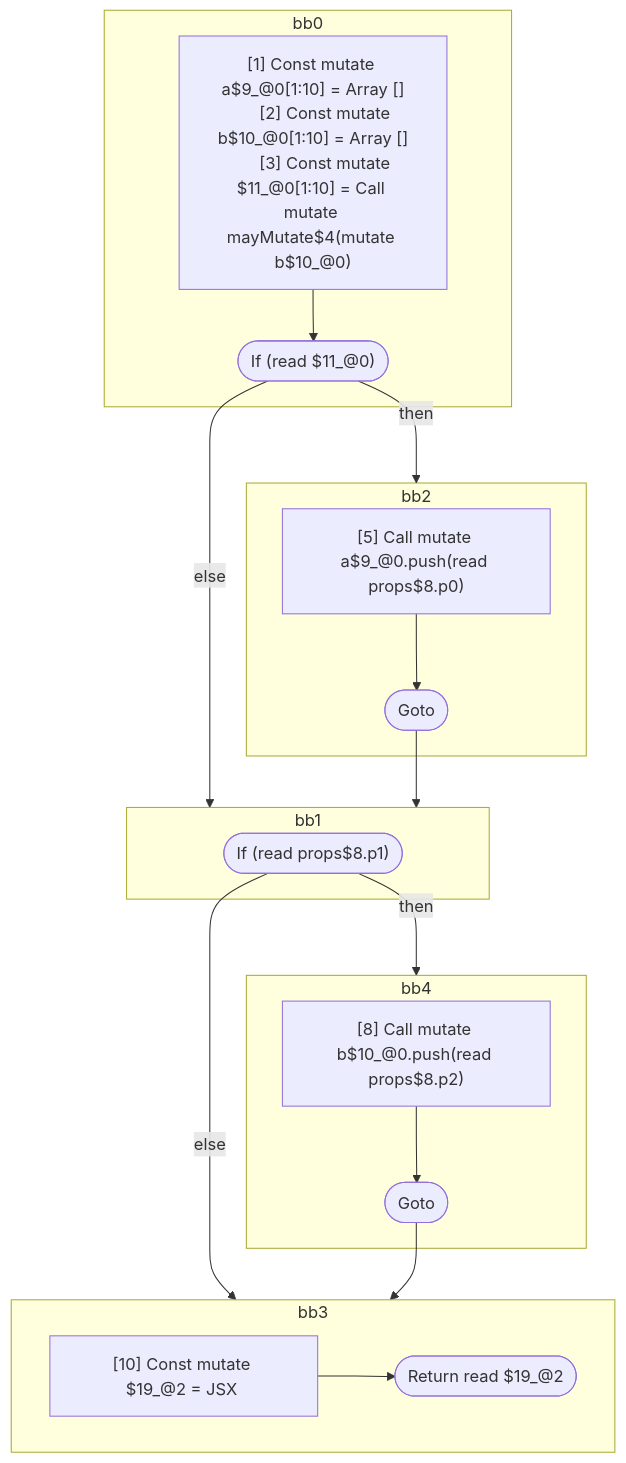
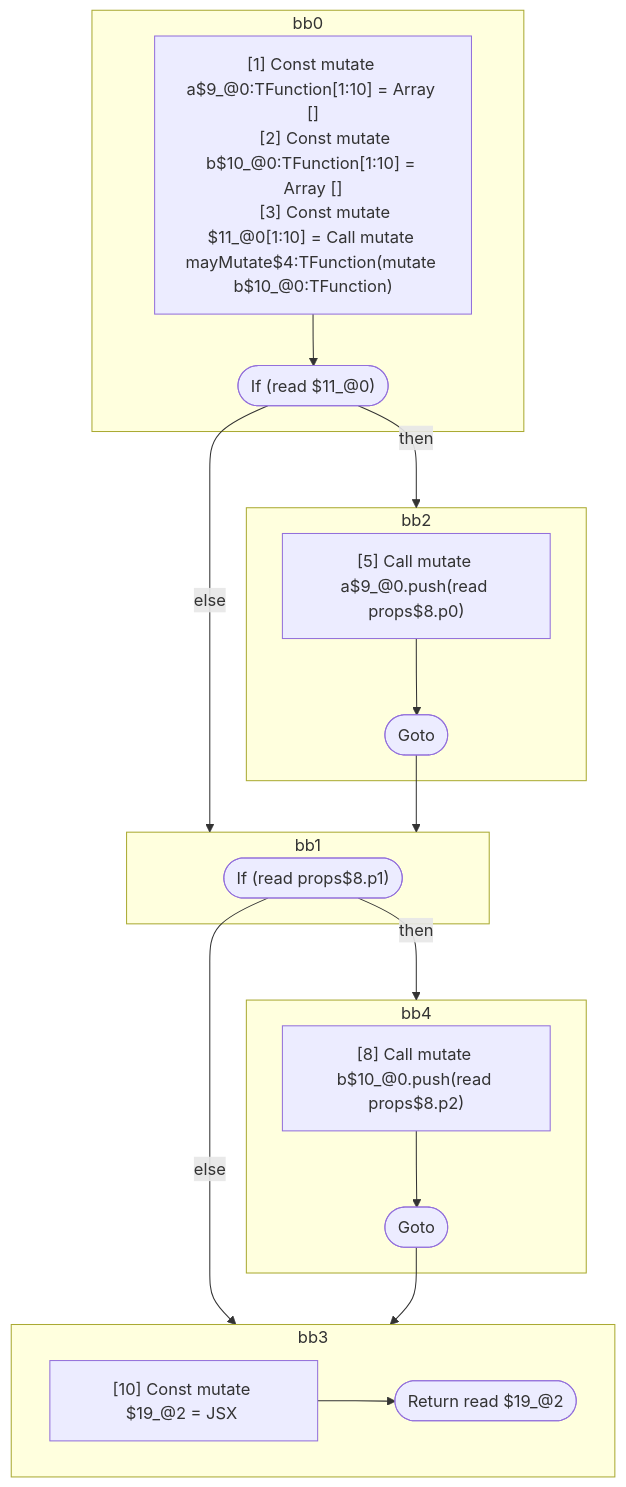
One commit to wutsmog/private changed the second of 4 diagrams in compiler/forget/src/__tests__/fixtures/hir/conditional-on-mutable.expect.md. Above: the diagram before and after it, drawn with Mermaid. The commit also changed other lines of this file and 112 other files, not shown here.

````diff
--- a/compiler/forget/src/__tests__/fixtures/hir/conditional-on-mutable.expect.md
+++ b/compiler/forget/src/__tests__/fixtures/hir/conditional-on-mutable.expect.md
@@ -202,42 +202,42 @@
 ```mermaid
 flowchart TB
   %% Basic Blocks
   subgraph bb0
     bb0_instrs["
-      [1] Const mutate a$9_@0[1:10] = Array []
-      [2] Const mutate b$10_@0[1:10] = Array []
-      [3] Const mutate $11_@0[1:10] = Call mutate mayMutate$4(mutate b$10_@0)
+      [1] Const mutate a$9_@0:TFunction[1:10] = Array []
+      [2] Const mutate b$10_@0:TFunction[1:10] = Array []
+      [3] Const mutate $11_@0[1:10] = Call mutate mayMutate$4:TFunction(mutate b$10_@0:TFunction)
     "]
     bb0_instrs --> bb0_terminal(["If (read $11_@0)"])
   end
   subgraph bb2
     bb2_instrs["
       [5] Call mutate a$9_@0.push(read props$8.p0)
     "]
     bb2_instrs --> bb2_terminal(["Goto"])
   end
   subgraph bb1
     bb1_terminal(["If (read props$8.p1)"])
   end
   subgraph bb4
     bb4_instrs["
       [8] Call mutate b$10_@0.push(read props$8.p2)
     "]
     bb4_instrs --> bb4_terminal(["Goto"])
   end
   subgraph bb3
     bb3_instrs["
-      [10] Const mutate $19_@2 = JSX <read Foo$6 a={freeze a$9_@0} b={freeze b$10_@0} ></read Foo$6>
+      [10] Const mutate $19_@2 = JSX <read Foo$6 a={freeze a$9_@0:TFunction} b={freeze b$10_@0:TFunction} ></read Foo$6>
     "]
     bb3_instrs --> bb3_terminal(["Return read $19_@2"])
   end
 
   %% Jumps
   bb0_terminal -- "then" --> bb2
   bb0_terminal -- "else" --> bb1
   bb2_terminal --> bb1
   bb1_terminal -- "then" --> bb4
   bb1_terminal -- "else" --> bb3
   bb4_terminal --> bb3
 
 ```
````
